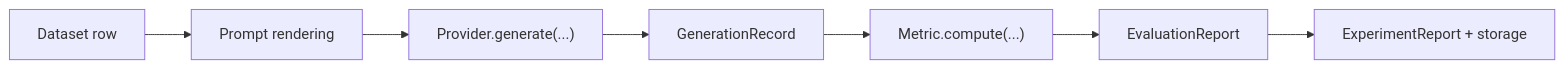
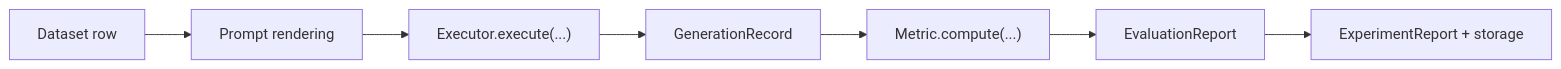
One commit to Pittawat2542/themis changed the second of 10 diagrams in docs/guides/countdown-tutorial.md. Above: the diagram before and after it, drawn with Mermaid. The commit also changed other lines of this file and 5 other files, not shown here.

````diff
--- a/docs/guides/countdown-tutorial.md
+++ b/docs/guides/countdown-tutorial.md
@@ -77,9 +77,9 @@
 ```mermaid
 flowchart LR
     A["Dataset row"] --> B["Prompt rendering"]
-    B --> C["Provider.generate(...)"]
+    B --> C["Executor.execute(...)"]
     C --> D["GenerationRecord"]
     D --> E["Metric.compute(...)"]
     E --> F["EvaluationReport"]
     F --> G["ExperimentReport + storage"]
 ```
````
